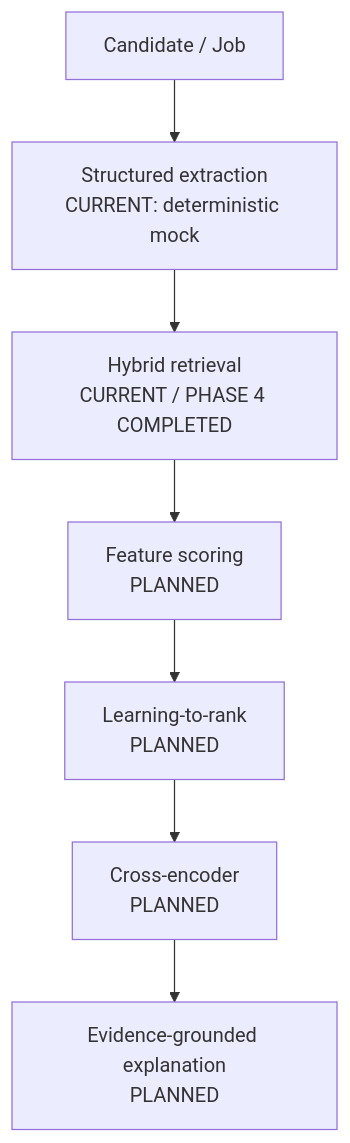
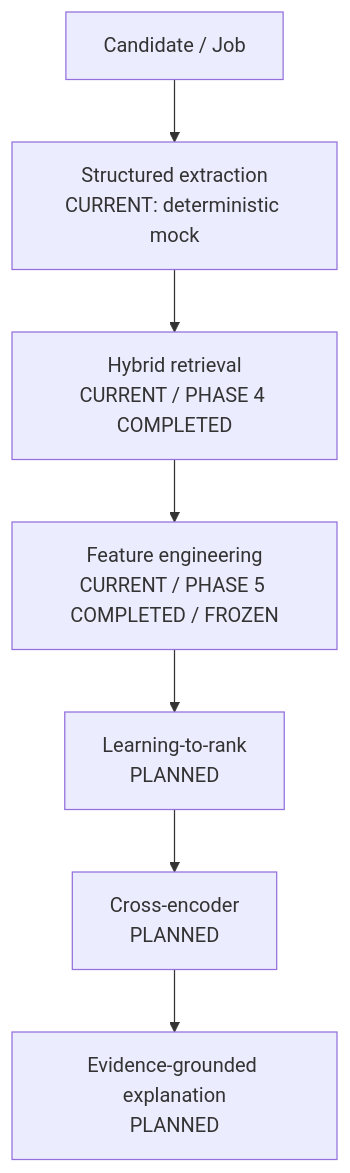
One commit to rM0on/peoplematch-agent changed the second of 2 diagrams in docs/architecture.md. Above: the diagram before and after it, drawn with Mermaid. The commit also changed other lines of this file and 30 other files, not shown here.

Commit message:
feat: add auditable feature engineering layer

````diff
--- a/docs/architecture.md
+++ b/docs/architecture.md
@@ -55,9 +59,9 @@
 ```mermaid
 flowchart TD
     Input["Candidate / Job"] --> Parser["Structured extraction\nCURRENT: deterministic mock"]
     Parser --> Retrieval["Hybrid retrieval\nCURRENT / PHASE 4 COMPLETED"]
-    Retrieval --> Features["Feature scoring\nPLANNED"]
+Retrieval --> Features["Feature engineering\nCURRENT / PHASE 5 COMPLETED / FROZEN"]
     Features --> LTR["Learning-to-rank\nPLANNED"]
     LTR --> CrossEncoder["Cross-encoder\nPLANNED"]
     CrossEncoder --> Explanation["Evidence-grounded explanation\nPLANNED"]
 ```
````
